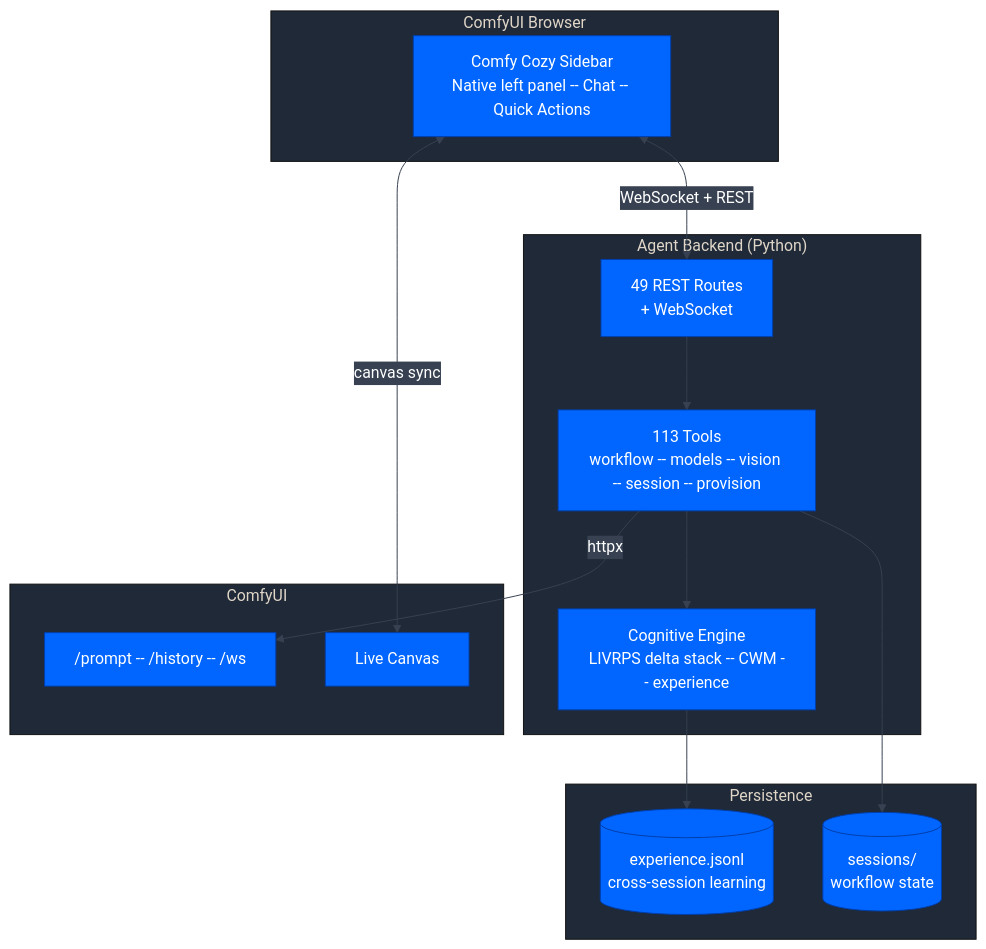
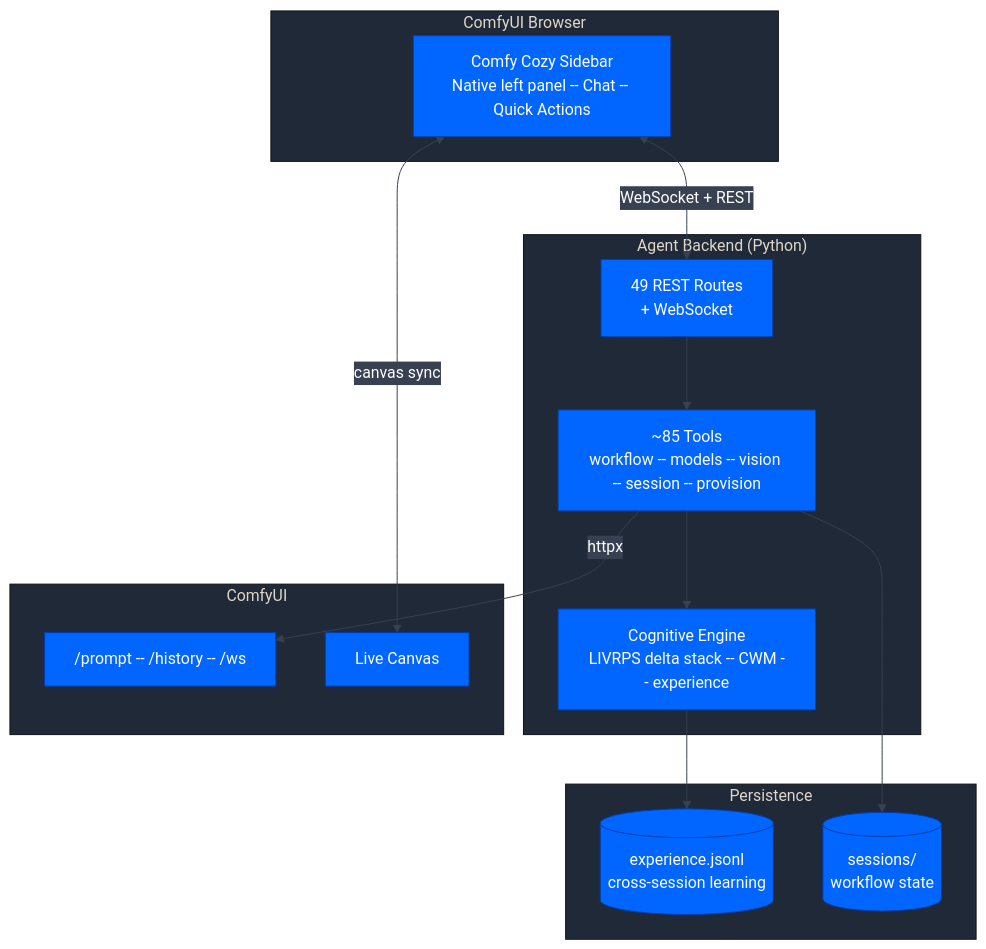
The fifth of 26 diagrams in README.md (JosephOIbrahim/Comfy-Cozy), drawn with Mermaid before and after one commit. The commit also changed other lines of this file and 1 other file, not shown here.

````diff
--- a/README.md
+++ b/README.md
@@ -378,28 +378,28 @@
 ```mermaid
 %%{init: {'theme':'base','themeVariables': {'primaryColor':'#0066FF','primaryTextColor':'#ffffff','primaryBorderColor':'#003eaa','lineColor':'#374151','secondaryColor':'#374151','tertiaryColor':'#1f2937','fontFamily':'monospace'}}}%%
 graph TB
     subgraph Browser ["ComfyUI Browser"]
         Sidebar["Comfy Cozy Sidebar<br/>Native left panel -- Chat -- Quick Actions"]
     end
     subgraph Backend ["Agent Backend (Python)"]
         Routes["49 REST Routes<br/>+ WebSocket"]
-        Tools["113 Tools<br/>workflow -- models -- vision -- session -- provision"]
+        Tools["~85 Tools<br/>workflow -- models -- vision -- session -- provision"]
         Cog["Cognitive Engine<br/>LIVRPS delta stack -- CWM -- experience"]
     end
     subgraph ComfyUI ["ComfyUI"]
         API["/prompt -- /history -- /ws"]
         Canvas["Live Canvas"]
     end
     subgraph Disk ["Persistence"]
         EXP[("experience.jsonl<br/>cross-session learning")]
         Sessions[("sessions/<br/>workflow state")]
     end
 
     Sidebar <-->|"WebSocket + REST"| Routes
     Sidebar <-->|"canvas sync"| Canvas
     Routes --> Tools
     Tools --> Cog
     Tools -->|httpx| API
     Cog --> EXP
     Tools --> Sessions
 ```
````
